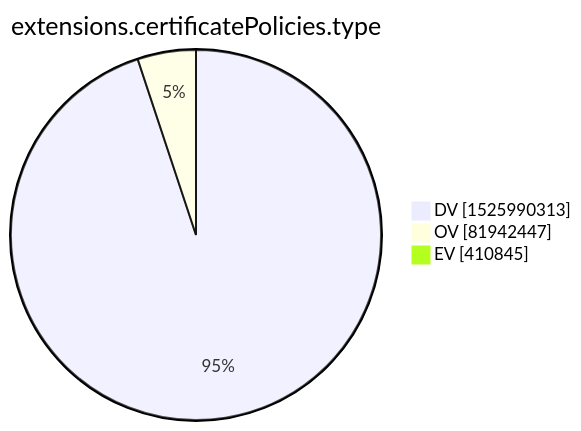
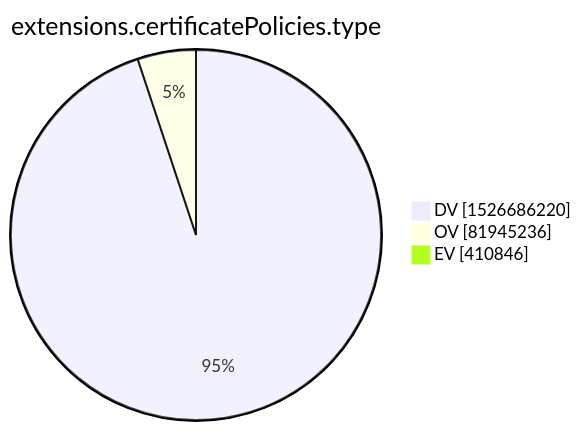
The tenth of 15 diagrams in xenon2022/README.md (christiankrug/ctmonitor_visualization), drawn with Mermaid before and after one commit. The commit also changed other lines of this file, not shown here.

````diff
--- a/xenon2022/README.md
+++ b/xenon2022/README.md
@@ -2875,7 +2875,7 @@
 ```mermaid
 pie showData
 title extensions.certificatePolicies.type
-"DV" :1525990313
-"OV" :81942447
-"EV" :410845
+"DV" :1526686220
+"OV" :81945236
+"EV" :410846
 ```
````
